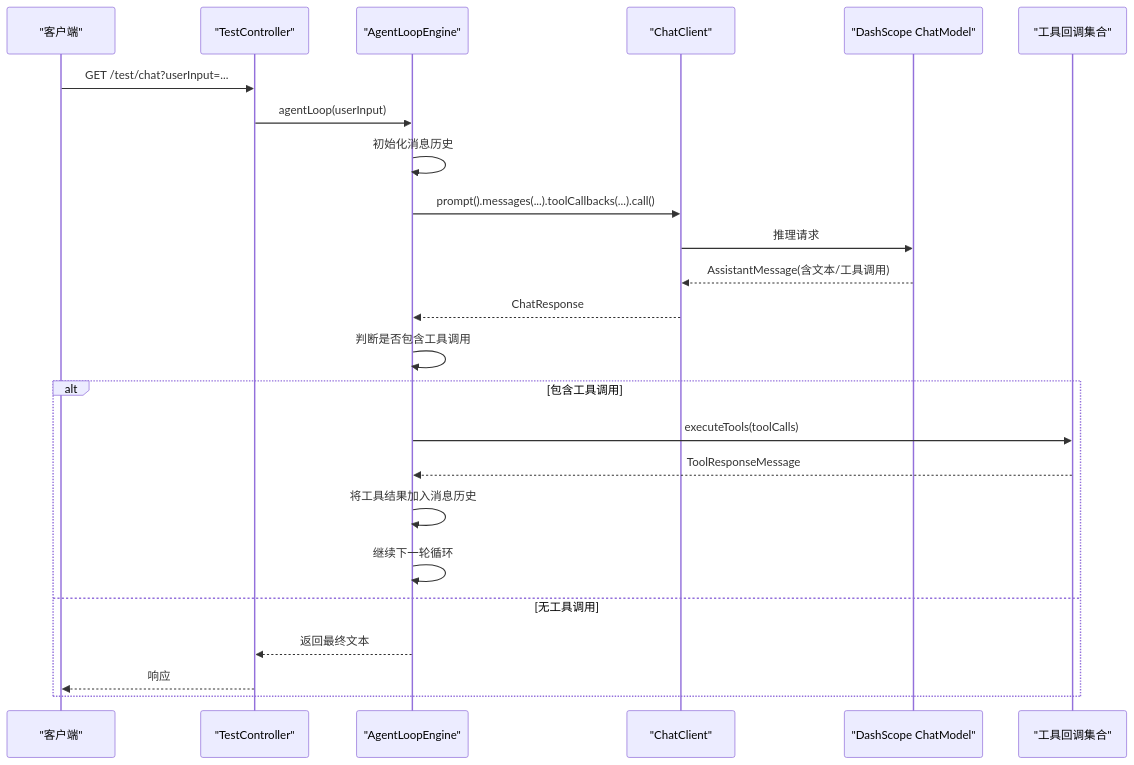
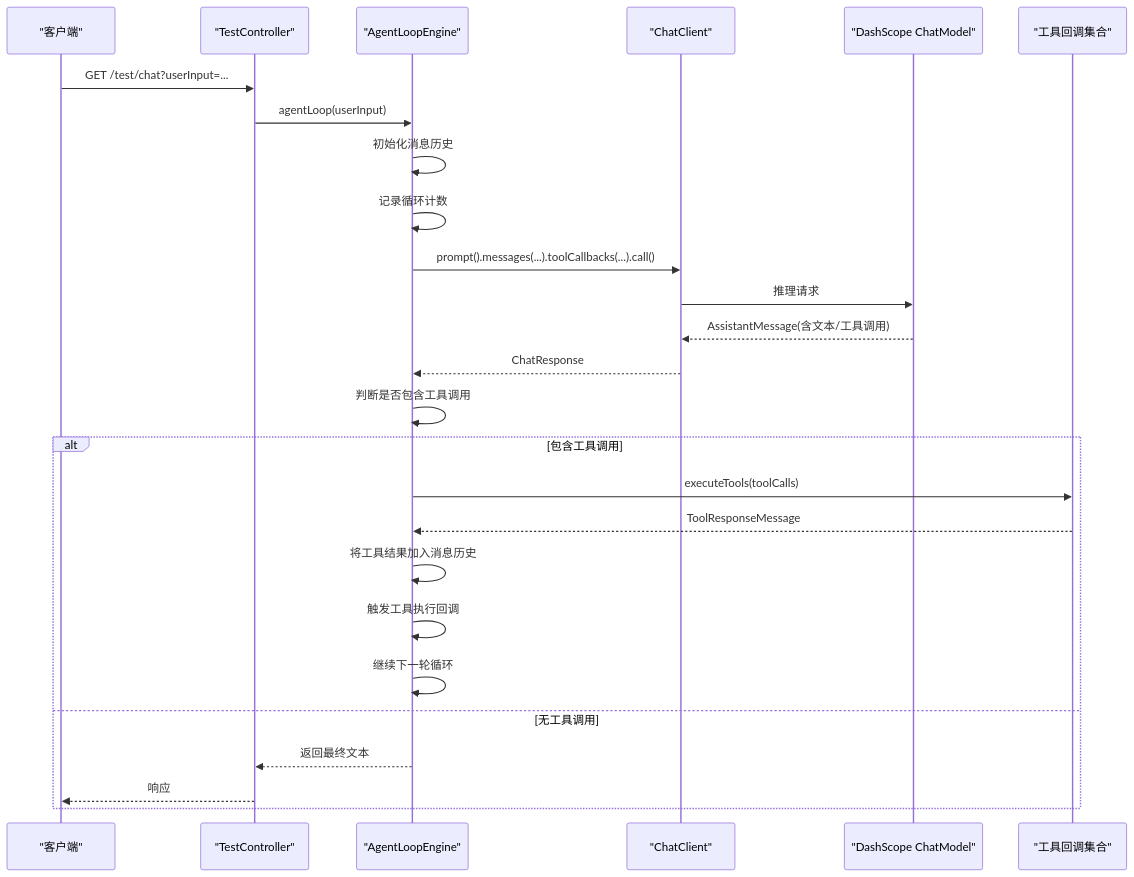
Before and after one commit to zhaojunyi0016/learn-harness: the second of 7 diagrams in .qoder/repowiki/zh/content/核心引擎/核心引擎.md, drawn with Mermaid. The commit also changed other lines of this file and 5 other files, not shown here.

````diff
--- a/.qoder/repowiki/zh/content/核心引擎/核心引擎.md
+++ b/.qoder/repowiki/zh/content/核心引擎/核心引擎.md
@@ -110,26 +113,28 @@
 ```mermaid
 sequenceDiagram
 participant Client as "客户端"
 participant Controller as "TestController"
 participant Engine as "AgentLoopEngine"
 participant Chat as "ChatClient"
 participant Model as "DashScope ChatModel"
 participant Tools as "工具回调集合"
 Client->>Controller : GET /test/chat?userInput=...
 Controller->>Engine : agentLoop(userInput)
 Engine->>Engine : 初始化消息历史
+Engine->>Engine : 记录循环计数
 Engine->>Chat : prompt().messages(...).toolCallbacks(...).call()
 Chat->>Model : 推理请求
 Model-->>Chat : AssistantMessage(含文本/工具调用)
 Chat-->>Engine : ChatResponse
 Engine->>Engine : 判断是否包含工具调用
 alt 包含工具调用
 Engine->>Tools : executeTools(toolCalls)
 Tools-->>Engine : ToolResponseMessage
 Engine->>Engine : 将工具结果加入消息历史
+Engine->>Engine : 触发工具执行回调
 Engine->>Engine : 继续下一轮循环
 else 无工具调用
 Engine-->>Controller : 返回最终文本
 Controller-->>Client : 响应
 end
 ```
````
